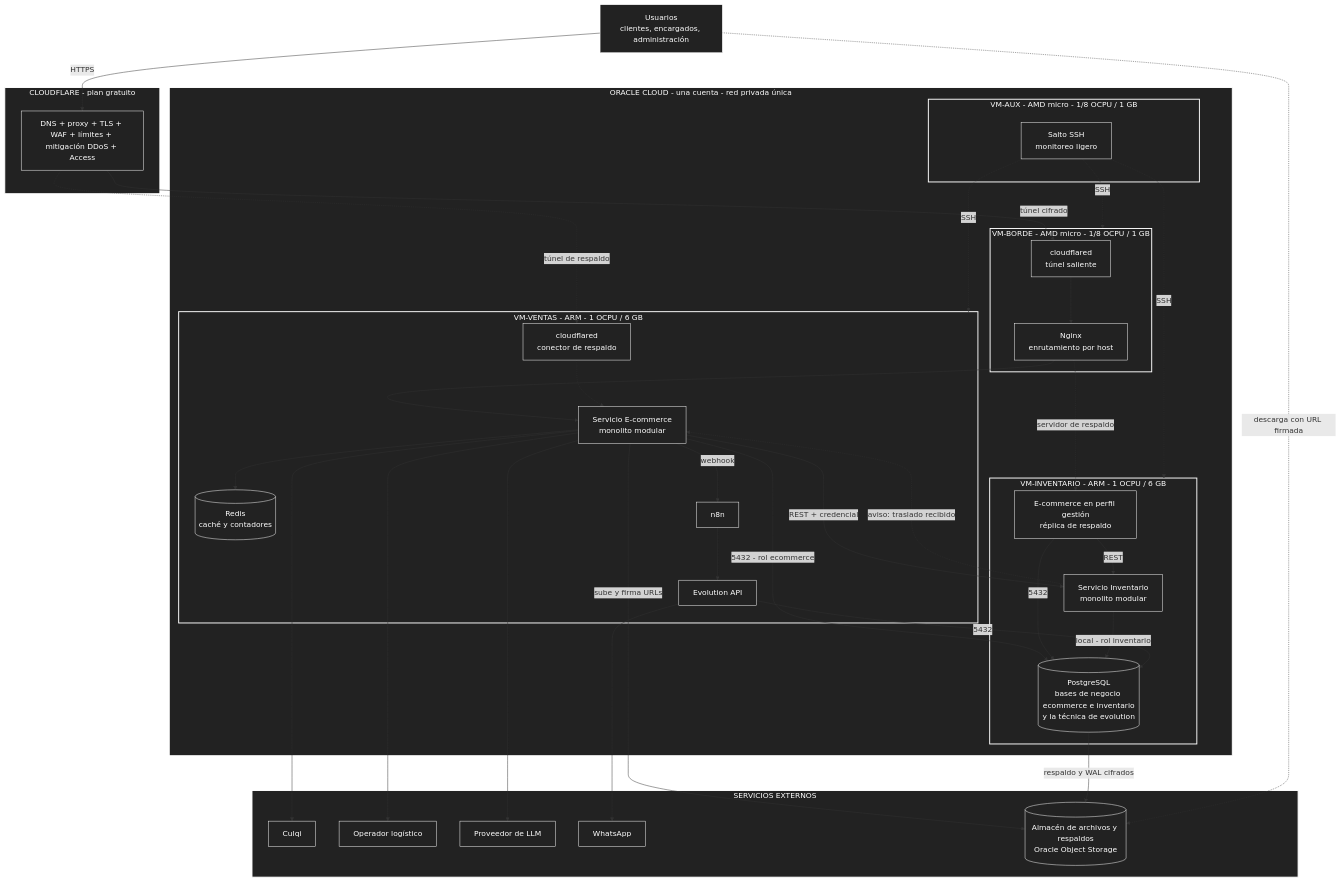
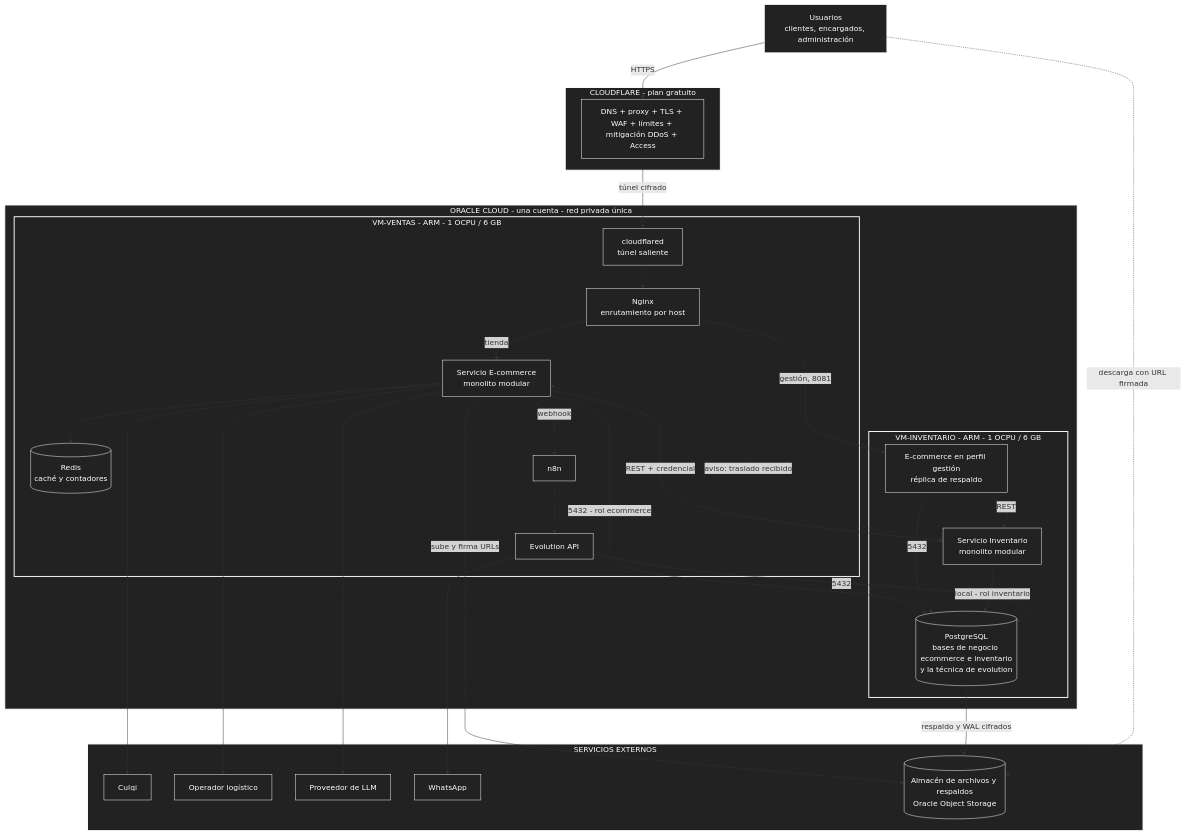
The diagram in docs/02-arquitectura-de-software/05-despliegue.md (P35C4D0R4B1050/BabelHub), drawn with Mermaid before and after one commit. The commit also changed other lines of this file and 42 other files, not shown here.

```diff
--- a/docs/02-arquitectura-de-software/05-despliegue.md
+++ b/docs/02-arquitectura-de-software/05-despliegue.md
@@ -44,24 +46,18 @@
 end
 
 subgraph OCI["ORACLE CLOUD - una cuenta - red privada única"]
-subgraph BOR["VM-BORDE - AMD micro - 1/8 OCPU / 1 GB"]
+subgraph VEN["VM-VENTAS - ARM - 1 OCPU / 6 GB"]
 CFD["cloudflared<br/>túnel saliente"]
 NGX["Nginx<br/>enrutamiento por host"]
-end
-subgraph VEN["VM-VENTAS - ARM - 1 OCPU / 6 GB"]
 ECO["Servicio E-commerce<br/>monolito modular"]
 RED[("Redis<br/>caché y contadores")]
 N8N["n8n"]
 EVO["Evolution API"]
-CFD2["cloudflared<br/>conector de respaldo"]
 end
 subgraph INVM["VM-INVENTARIO - ARM - 1 OCPU / 6 GB"]
 INV["Servicio Inventario<br/>monolito modular"]
 GES["E-commerce en perfil gestión<br/>réplica de respaldo"]
 PG[("PostgreSQL<br/>bases de negocio ecommerce e inventario<br/>y la técnica de evolution")]
-end
-subgraph AUX["VM-AUX - AMD micro - 1/8 OCPU / 1 GB"]
-BAS["Salto SSH<br/>monitoreo ligero"]
 end
 end
 
@@ -75,11 +71,9 @@
 
 USR -->|"HTTPS"| CFE
 CFE -->|"túnel cifrado"| CFD
-CFE -.->|"túnel de respaldo"| CFD2
 CFD --> NGX
-NGX --> ECO
-NGX -.->|"servidor de respaldo"| GES
-CFD2 -.-> ECO
+NGX -->|"tienda"| ECO
+NGX -->|"gestión, 8081"| GES
 ECO -->|"REST + credencial"| INV
 GES -->|"REST"| INV
 INV -.->|"aviso: traslado recibido"| ECO
@@ -97,21 +91,15 @@
 ECO --> PAG
 ECO --> ENV
 ECO --> LLM
-BAS -.->|"SSH"| BOR
-BAS -.->|"SSH"| VEN
-BAS -.->|"SSH"| INVM
 
 style CF fill:#222,stroke:#fff,stroke-width:2px,color:#fff
 style OCI fill:#222,stroke:#fff,stroke-width:2px,color:#fff
-style BOR fill:#222,stroke:#fff,stroke-width:2px,color:#fff
 style VEN fill:#222,stroke:#fff,stroke-width:2px,color:#fff
 style INVM fill:#222,stroke:#fff,stroke-width:2px,color:#fff
-style AUX fill:#222,stroke:#fff,stroke-width:2px,color:#fff
 style EXT fill:#222,stroke:#fff,stroke-width:2px,color:#fff
 style USR fill:#222,stroke:#fff,color:#fff
 style CFE fill:#222,stroke:#fff,color:#fff
 style CFD fill:#222,stroke:#fff,color:#fff
-style CFD2 fill:#222,stroke:#fff,color:#fff
 style NGX fill:#222,stroke:#fff,color:#fff
 style ECO fill:#222,stroke:#fff,color:#fff
 style GES fill:#222,stroke:#fff,color:#fff
@@ -122,7 +110,6 @@
 style ALM fill:#222,stroke:#fff,color:#fff
 style RED fill:#222,stroke:#fff,color:#fff
 style PG fill:#222,stroke:#fff,color:#fff
-style BAS fill:#222,stroke:#fff,color:#fff
 style PAG fill:#222,stroke:#fff,color:#fff
 style ENV fill:#222,stroke:#fff,color:#fff
 style LLM fill:#222,stroke:#fff,color:#fff
```
